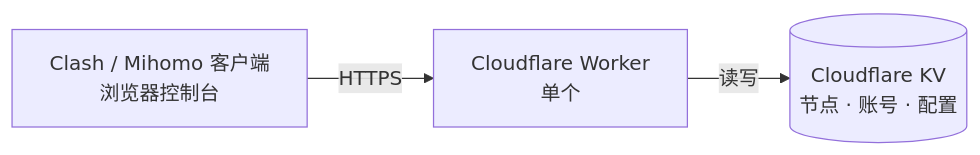
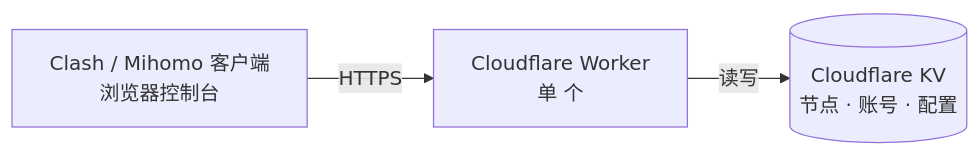
The diagram in README.md (jinhuaitao/Clash), drawn with Mermaid before and after one commit.

Commit message:
Correct typo in README.md flowchart
Fix typo in Cloudflare Worker description in diagram.

````diff
--- a/README.md
+++ b/README.md
@@ -29,5 +29,5 @@
 ```mermaid
 flowchart LR
-    C["Clash / Mihomo 客户端<br/>浏览器控制台"] -->|"HTTPS"| W["Cloudflare Worker<br/>单个 "]
+    C["Clash / Mihomo 客户端<br/>浏览器控制台"] -->|"HTTPS"| W["Cloudflare Worker<br/>单 个 "]
     W -->|"读写"| K[("Cloudflare KV<br/>节点 · 账号 · 配置")]
 ```
````
